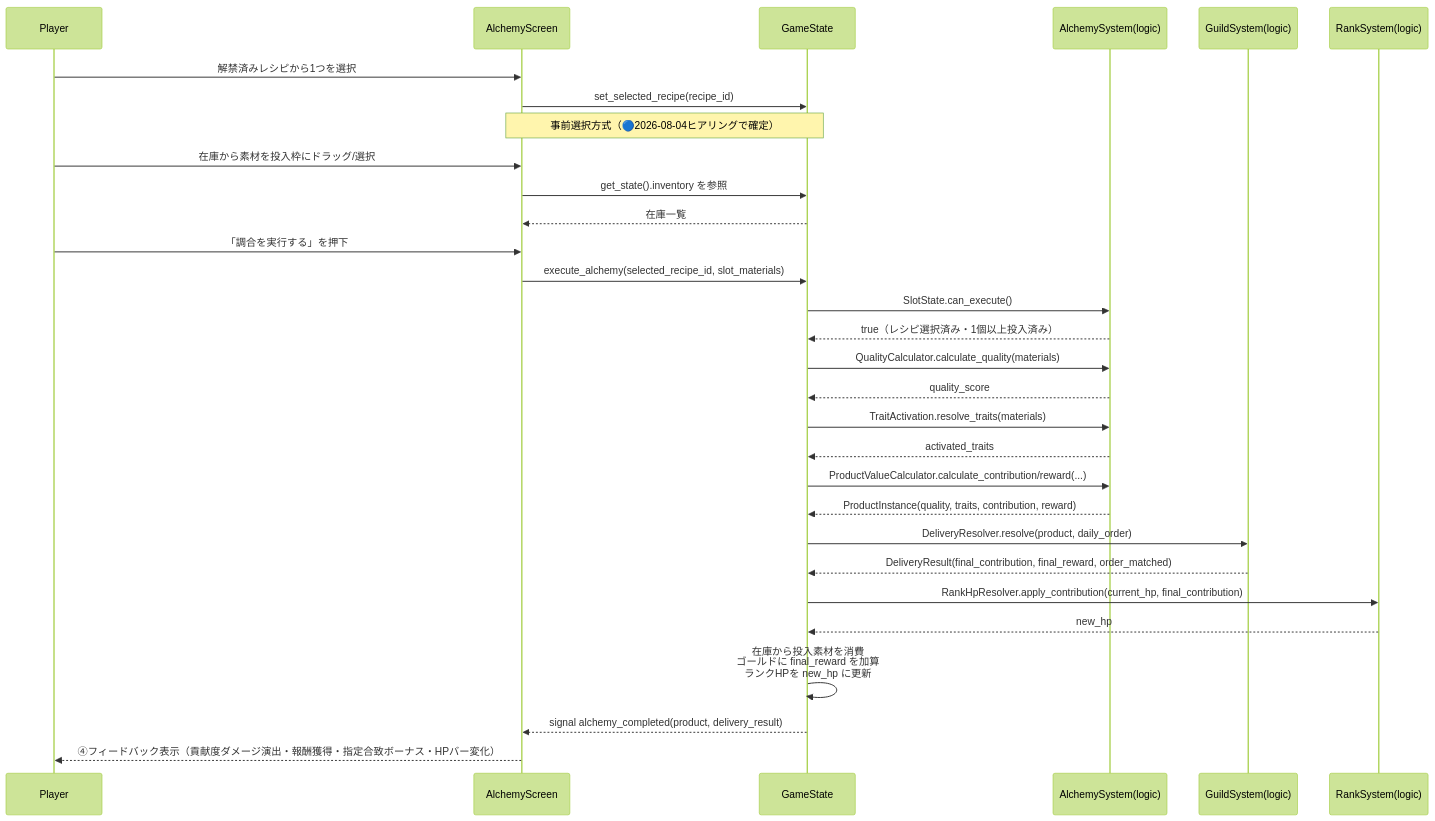
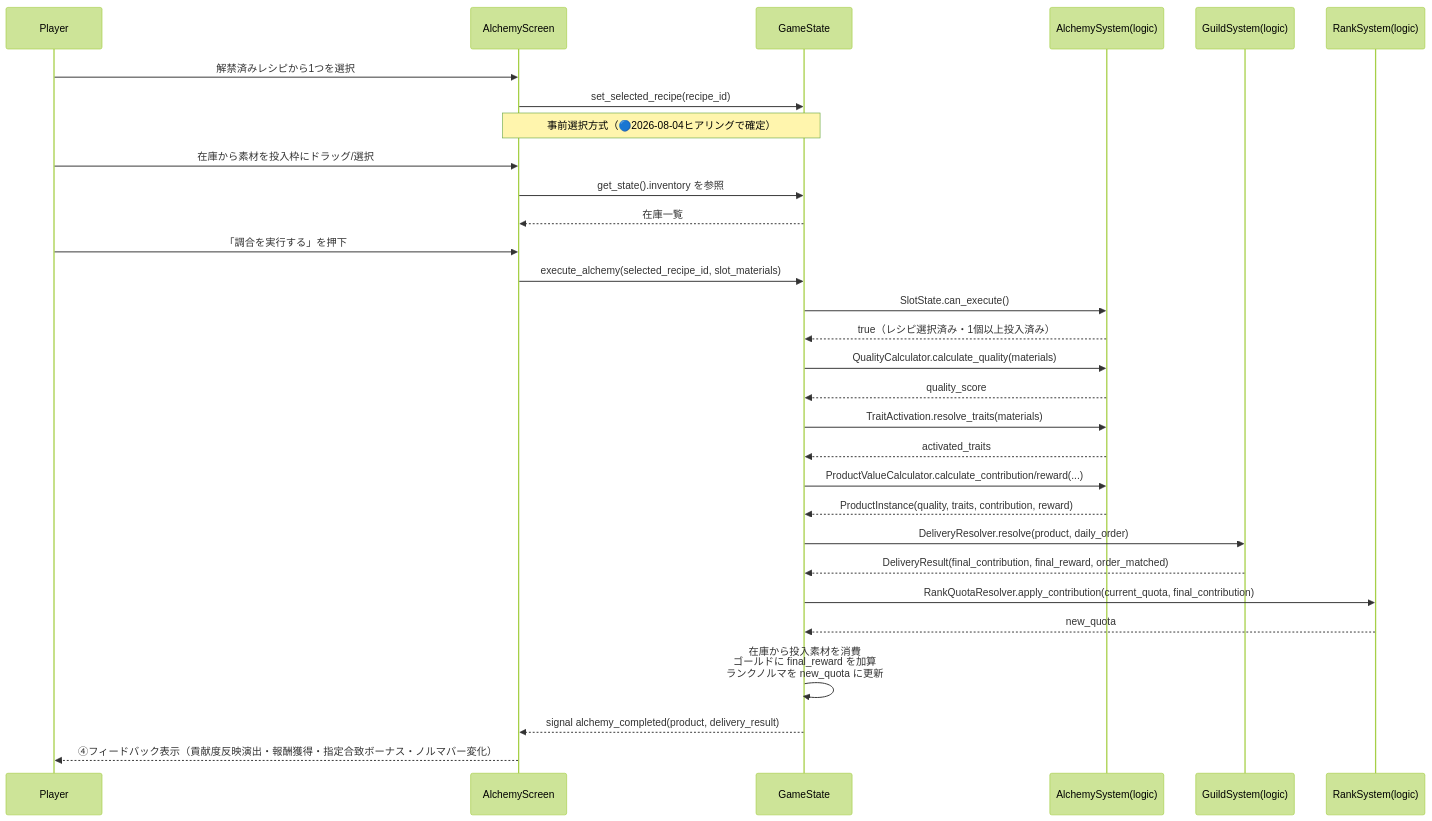
Before and after one commit to yaguma/alchemy-atelier: the second of 5 diagrams in docs/design/atelier-alchemy-core/dataflow.md, drawn with Mermaid (forest theme). The commit also changed other lines of this file and 13 other files, not shown here.

````diff
--- a/docs/design/atelier-alchemy-core/dataflow.md
+++ b/docs/design/atelier-alchemy-core/dataflow.md
@@ -58,43 +60,43 @@
 ```mermaid
 sequenceDiagram
     participant Player
     participant AlchemyUI as AlchemyScreen
     participant GameState
     participant AlchemyLogic as AlchemySystem(logic)
     participant GuildLogic as GuildSystem(logic)
     participant RankLogic as RankSystem(logic)
 
     Player->>AlchemyUI: 解禁済みレシピから1つを選択
     AlchemyUI->>GameState: set_selected_recipe(recipe_id)
     Note over AlchemyUI,GameState: 事前選択方式（🔵2026-08-04ヒアリングで確定）
 
     Player->>AlchemyUI: 在庫から素材を投入枠にドラッグ/選択
     AlchemyUI->>GameState: get_state().inventory を参照
     GameState-->>AlchemyUI: 在庫一覧
 
     Player->>AlchemyUI: 「調合を実行する」を押下
     AlchemyUI->>GameState: execute_alchemy(selected_recipe_id, slot_materials)
 
     GameState->>AlchemyLogic: SlotState.can_execute()
     AlchemyLogic-->>GameState: true（レシピ選択済み・1個以上投入済み）
 
     GameState->>AlchemyLogic: QualityCalculator.calculate_quality(materials)
     AlchemyLogic-->>GameState: quality_score
 
     GameState->>AlchemyLogic: TraitActivation.resolve_traits(materials)
     AlchemyLogic-->>GameState: activated_traits
 
     GameState->>AlchemyLogic: ProductValueCalculator.calculate_contribution/reward(...)
     AlchemyLogic-->>GameState: ProductInstance(quality, traits, contribution, reward)
 
     GameState->>GuildLogic: DeliveryResolver.resolve(product, daily_order)
     GuildLogic-->>GameState: DeliveryResult(final_contribution, final_reward, order_matched)
 
-    GameState->>RankLogic: RankHpResolver.apply_contribution(current_hp, final_contribution)
-    RankLogic-->>GameState: new_hp
+    GameState->>RankLogic: RankQuotaResolver.apply_contribution(current_quota, final_contribution)
+    RankLogic-->>GameState: new_quota
 
-    GameState->>GameState: 在庫から投入素材を消費<br/>ゴールドに final_reward を加算<br/>ランクHPを new_hp に更新
+    GameState->>GameState: 在庫から投入素材を消費<br/>ゴールドに final_reward を加算<br/>ランクノルマを new_quota に更新
 
     GameState-->>AlchemyUI: signal alchemy_completed(product, delivery_result)
-    AlchemyUI-->>Player: ④フィードバック表示（貢献度ダメージ演出・報酬獲得・指定合致ボーナス・HPバー変化）
+    AlchemyUI-->>Player: ④フィードバック表示（貢献度反映演出・報酬獲得・指定合致ボーナス・ノルマバー変化）
 ```
````
